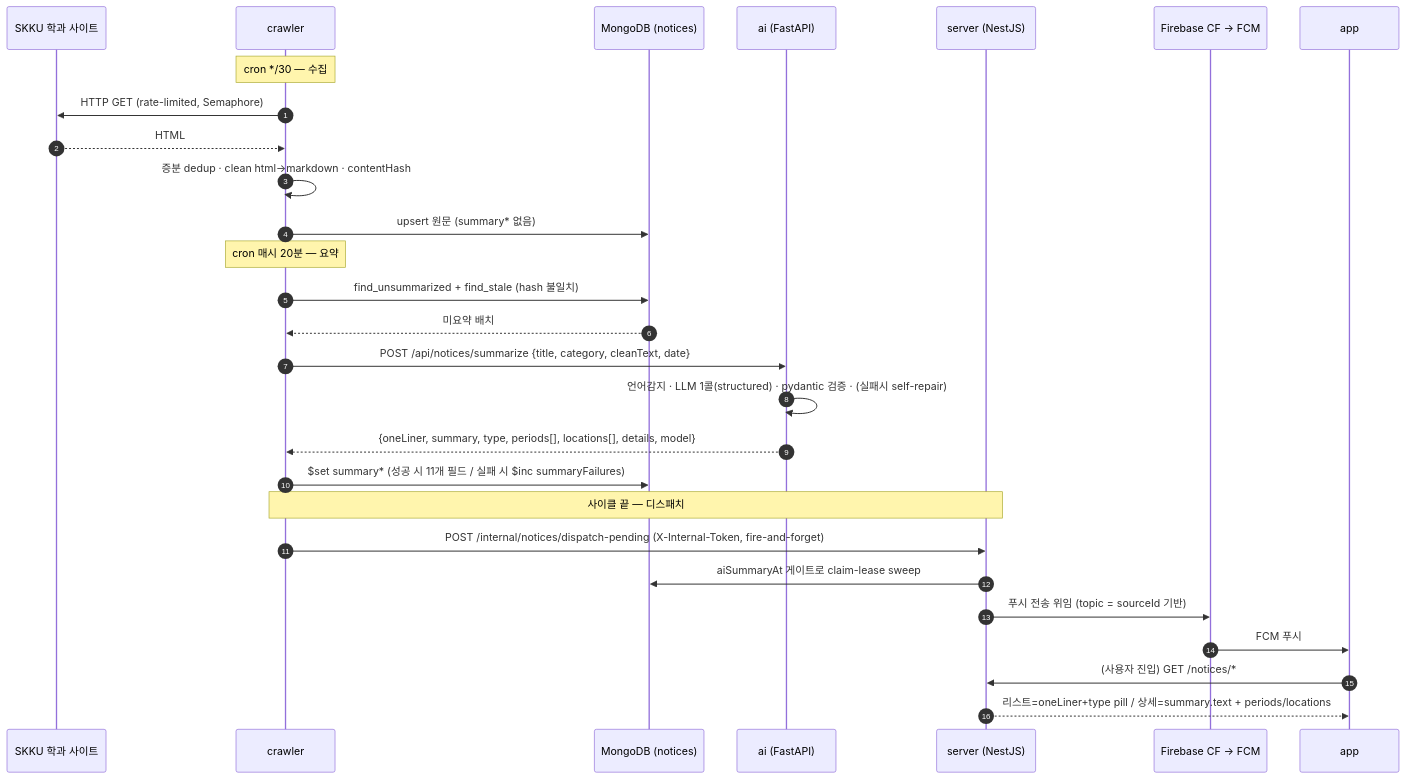
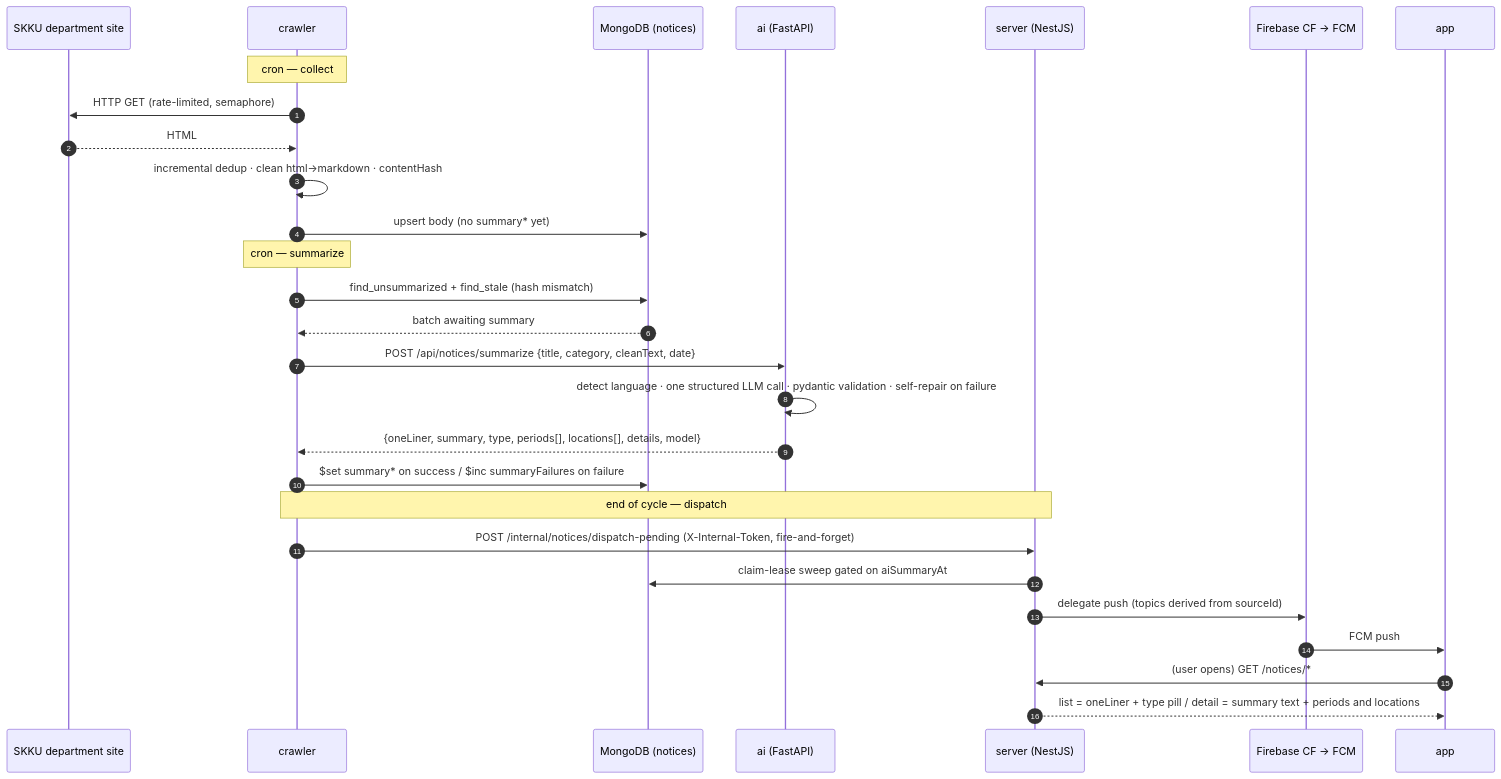
Before and after one commit to spencer0124/skkuverse: the diagram in docs/flows/notice-pipeline.md, drawn with Mermaid. The commit also changed other lines of this file and 10 other files, not shown here.

````diff
--- a/docs/flows/notice-pipeline.md
+++ b/docs/flows/notice-pipeline.md
@@ -20,33 +20,33 @@
 ```mermaid
 sequenceDiagram
     autonumber
-    participant S as SKKU 학과 사이트
+    participant S as SKKU department site
     participant C as crawler
     participant M as MongoDB (notices)
     participant AI as ai (FastAPI)
     participant N as server (NestJS)
     participant F as Firebase CF → FCM
     participant A as app
 
-    Note over C: cron */30 — 수집
-    C->>S: HTTP GET (rate-limited, Semaphore)
+    Note over C: cron — collect
+    C->>S: HTTP GET (rate-limited, semaphore)
     S-->>C: HTML
-    C->>C: 증분 dedup · clean html→markdown · contentHash
-    C->>M: upsert 원문 (summary* 없음)
+    C->>C: incremental dedup · clean html→markdown · contentHash
+    C->>M: upsert body (no summary* yet)
 
-    Note over C: cron 매시 20분 — 요약
-    C->>M: find_unsummarized + find_stale (hash 불일치)
-    M-->>C: 미요약 배치
+    Note over C: cron — summarize
+    C->>M: find_unsummarized + find_stale (hash mismatch)
+    M-->>C: batch awaiting summary
     C->>AI: POST /api/notices/summarize {title, category, cleanText, date}
-    AI->>AI: 언어감지 · LLM 1콜(structured) · pydantic 검증 · (실패시 self-repair)
+    AI->>AI: detect language · one structured LLM call · pydantic validation · self-repair on failure
     AI-->>C: {oneLiner, summary, type, periods[], locations[], details, model}
-    C->>M: $set summary* (성공 시 11개 필드 / 실패 시 $inc summaryFailures)
+    C->>M: $set summary* on success / $inc summaryFailures on failure
 
-    Note over C,N: 사이클 끝 — 디스패치
+    Note over C,N: end of cycle — dispatch
     C->>N: POST /internal/notices/dispatch-pending (X-Internal-Token, fire-and-forget)
-    N->>M: aiSummaryAt 게이트로 claim-lease sweep
-    N->>F: 푸시 전송 위임 (topic = sourceId 기반)
-    F->>A: FCM 푸시
-    A->>N: (사용자 진입) GET /notices/*
-    N-->>A: 리스트=oneLiner+type pill / 상세=summary.text + periods/locations
+    N->>M: claim-lease sweep gated on aiSummaryAt
+    N->>F: delegate push (topics derived from sourceId)
+    F->>A: FCM push
+    A->>N: (user opens) GET /notices/*
+    N-->>A: list = oneLiner + type pill / detail = summary text + periods and locations
 ```
````
